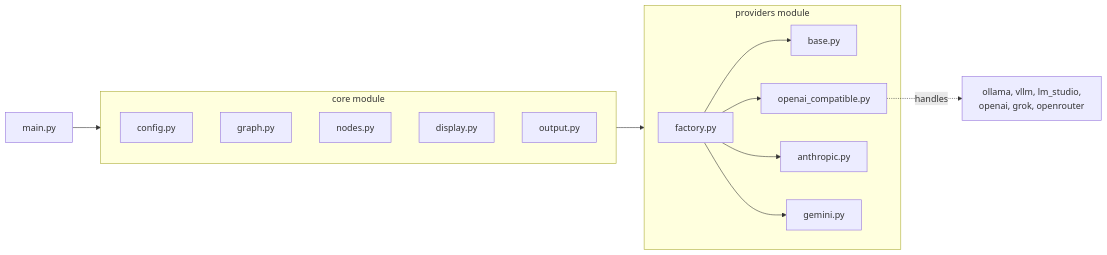
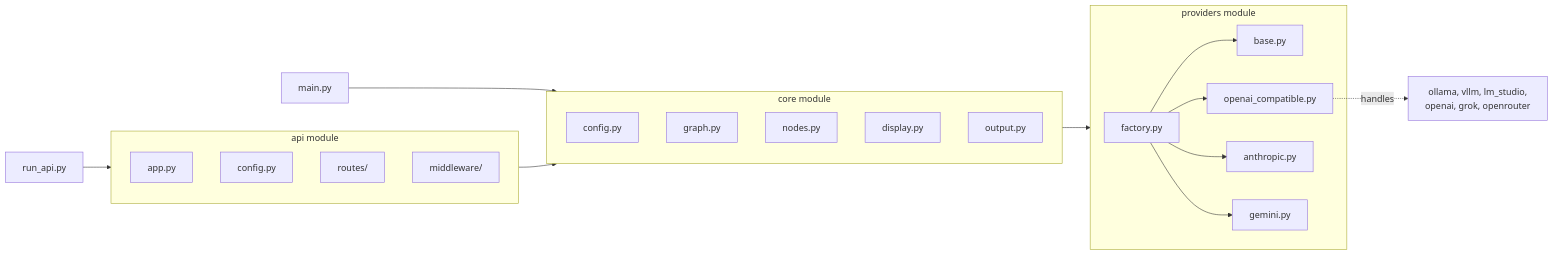
One commit to machinedge/prizms-oss changed the diagram in backend/README.md. Above: the diagram before and after it, drawn with Mermaid. The commit also changed other lines of this file and 8 other files, not shown here.

````diff
--- a/backend/README.md
+++ b/backend/README.md
@@ -11,28 +11,37 @@
 ```mermaid
 flowchart LR
     MainPy[main.py] --> Core
+    RunApiPy[run_api.py] --> API
+    API --> Core
     Core --> Providers
+    
+    subgraph API [api module]
+        AppPy[app.py]
+        APIConfigPy[config.py]
+        Routes[routes/]
+        Middleware[middleware/]
+    end
     
     subgraph Core [core module]
         ConfigPy[config.py]
         GraphPy[graph.py]
         NodesPy[nodes.py]
         DisplayPy[display.py]
         OutputPy[output.py]
     end
     
     subgraph Providers [providers module]
         Factory[factory.py]
         BasePy[base.py]
         OpenAICompatPy[openai_compatible.py]
         AnthropicPy[anthropic.py]
         GeminiPy[gemini.py]
     end
     
     Factory --> BasePy
     Factory --> OpenAICompatPy
     Factory --> AnthropicPy
     Factory --> GeminiPy
     
     OpenAICompatPy -.-> |"handles"| ProviderList["ollama, vllm, lm_studio,\nopenai, grok, openrouter"]
 ```
````
